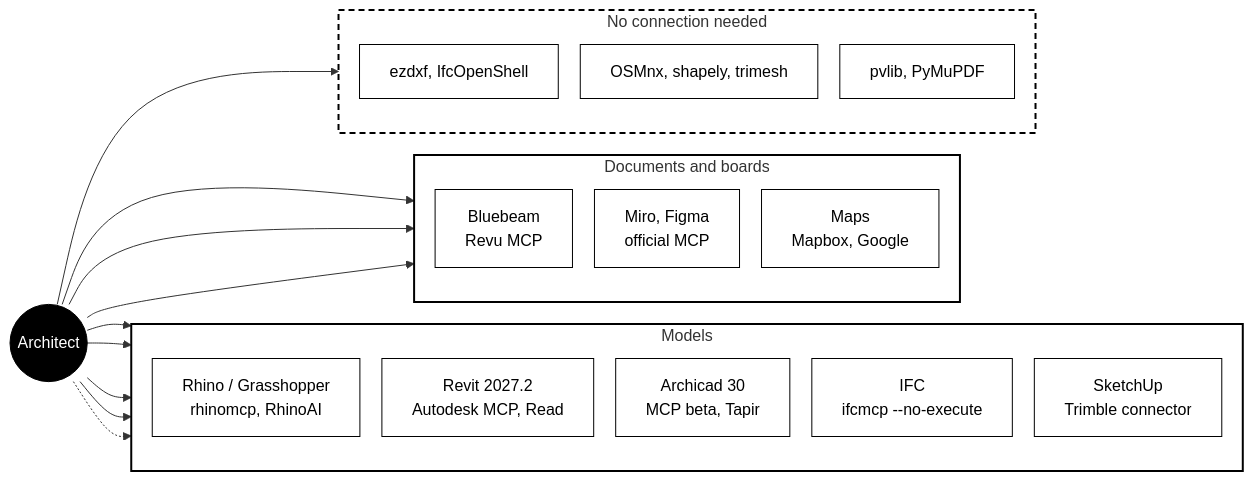
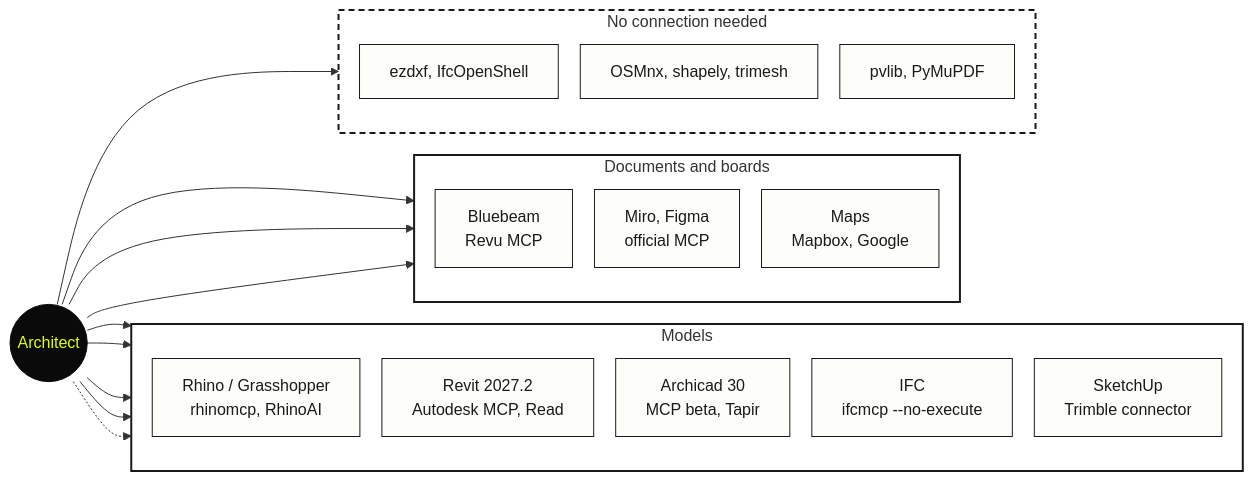
Before and after one commit to gaia-computer-technologies/architect: the fourth of 4 diagrams in README.md, drawn with Mermaid. The commit also changed other lines of this file and 12 other files, not shown here.

````diff
--- a/README.md
+++ b/README.md
@@ -204,41 +204,41 @@
 ```mermaid
 %%{init: {"flowchart": {"nodeSpacing": 22, "rankSpacing": 44}}}%%
 flowchart LR
     A(("Architect"))
 
     subgraph BIM["Models"]
         direction TB
         RH["Rhino / Grasshopper<br/>rhinomcp, RhinoAI"]
         RV["Revit 2027.2<br/>Autodesk MCP, Read"]
         AC["Archicad 30<br/>MCP beta, Tapir"]
         IFC["IFC<br/>ifcmcp --no-execute"]
         SU["SketchUp<br/>Trimble connector"]
     end
 
     subgraph DOC["Documents and boards"]
         direction TB
         BB["Bluebeam<br/>Revu MCP"]
         MF["Miro, Figma<br/>official MCP"]
         MP["Maps<br/>Mapbox, Google"]
     end
 
     subgraph CODE["No connection needed"]
         direction TB
         K1["ezdxf, IfcOpenShell"]
         K2["OSMnx, shapely, trimesh"]
         K3["pvlib, PyMuPDF"]
     end
 
     A --> RH & RV & IFC & SU
     A -.-> AC
     A --> BB & MF & MP
     A --> CODE
 
-    classDef core fill:#000000,stroke:#000000,color:#ffffff
-    classDef box fill:#ffffff,stroke:#000000,color:#000000
+    classDef core fill:#0A0A0A,stroke:#0A0A0A,color:#DEFF00
+    classDef box fill:#FDFDFA,stroke:#1A1A1A,color:#1A1A1A
     class A core
     class RH,RV,AC,IFC,SU,BB,MF,MP,K1,K2,K3 box
-    style BIM fill:none,stroke:#000000,stroke-width:2px
-    style DOC fill:none,stroke:#000000,stroke-width:2px
-    style CODE fill:none,stroke:#000000,stroke-width:2px,stroke-dasharray:6 4
+    style BIM fill:none,stroke:#1A1A1A,stroke-width:2px
+    style DOC fill:none,stroke:#1A1A1A,stroke-width:2px
+    style CODE fill:none,stroke:#1A1A1A,stroke-width:2px,stroke-dasharray:6 4
 ```
````
